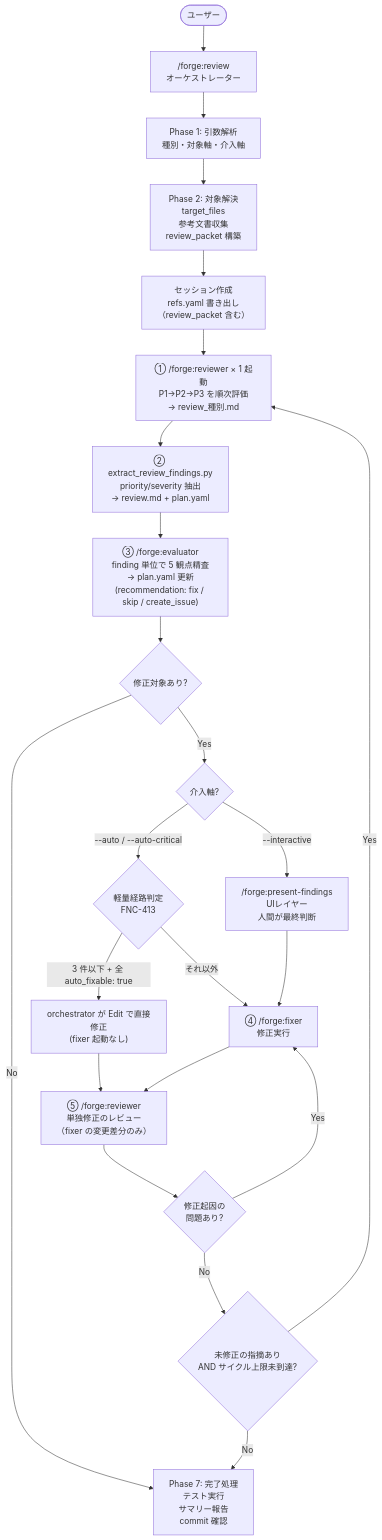
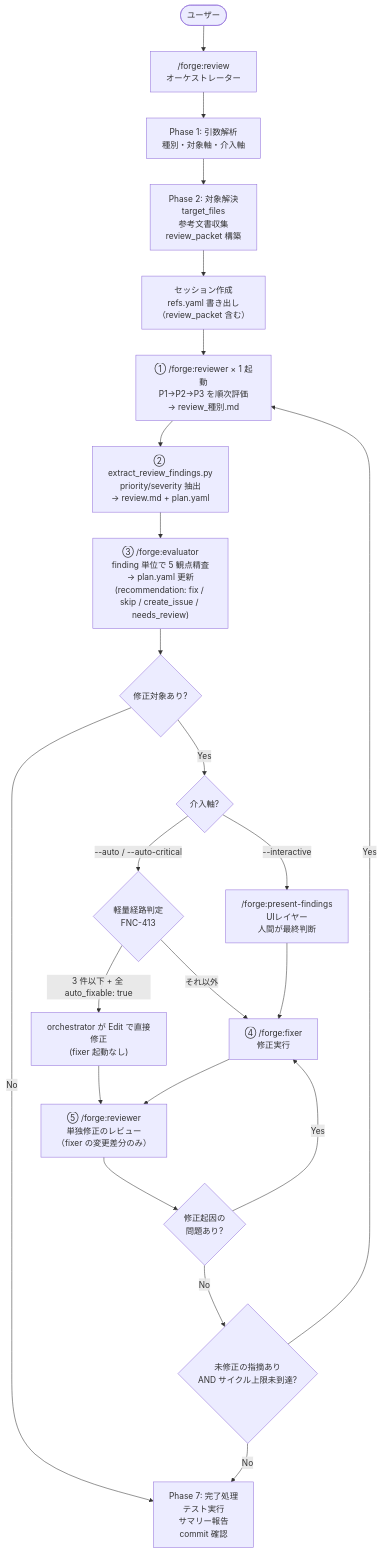
The first of 2 diagrams in docs/specs/forge/design/DES-015_review_workflow_design.md (BlueEventHorizon/bw-cc-plugins), drawn with Mermaid before and after one commit. The commit also changed other lines of this file and 17 other files, not shown here.

First line of the commit message:
docs(forge): sync session_format.md and review policy docs with implementation

````diff
--- a/docs/specs/forge/design/DES-015_review_workflow_design.md
+++ b/docs/specs/forge/design/DES-015_review_workflow_design.md
@@ -56,43 +56,43 @@
 ```mermaid
 flowchart TD
     User([ユーザー]) --> ORCHESTRATOR
 
     ORCHESTRATOR["/forge:review<br>オーケストレーター"] --> PARSE
 
     PARSE["Phase 1: 引数解析<br>種別・対象軸・介入軸"] --> RESOLVE
 
     RESOLVE["Phase 2: 対象解決<br>target_files<br>参考文書収集<br>review_packet 構築"] --> SESSION
 
     SESSION["セッション作成<br>refs.yaml 書き出し<br>（review_packet 含む）"] --> REVIEWERS
 
     REVIEWERS["① /forge:reviewer × 1 起動<br>P1→P2→P3 を順次評価<br>→ review_種別.md"] --> EXTRACT
 
     EXTRACT["② extract_review_findings.py<br>priority/severity 抽出<br>→ review.md + plan.yaml"] --> EVALUATORS
 
-    EVALUATORS["③ /forge:evaluator<br>finding 単位で 5 観点精査<br>→ plan.yaml 更新<br>(recommendation: fix / skip / create_issue)"] --> FIX_CHECK
+    EVALUATORS["③ /forge:evaluator<br>finding 単位で 5 観点精査<br>→ plan.yaml 更新<br>(recommendation: fix / skip / create_issue / needs_review)"] --> FIX_CHECK
 
     FIX_CHECK{修正対象あり?} -->|"No"| COMPLETE
     FIX_CHECK -->|"Yes"| MODE_CHECK
 
     MODE_CHECK{介入軸?} -->|"--interactive"| PRESENT
     MODE_CHECK -->|"--auto / --auto-critical"| LIGHT_CHECK
 
     LIGHT_CHECK{軽量経路判定<br>FNC-413} -->|"3 件以下 + 全 auto_fixable: true"| DIRECT_EDIT
     LIGHT_CHECK -->|"それ以外"| FIXER
 
     DIRECT_EDIT["orchestrator が Edit で直接修正<br>(fixer 起動なし)"] --> RE_REVIEW
 
     PRESENT["/forge:present-findings<br>UIレイヤー<br>人間が最終判断"] --> FIXER
 
     FIXER["④ /forge:fixer<br>修正実行"] --> RE_REVIEW
 
     RE_REVIEW["⑤ /forge:reviewer<br>単独修正のレビュー<br>（fixer の変更差分のみ）"] --> FIX_ISSUE_CHECK
 
     FIX_ISSUE_CHECK{修正起因の<br>問題あり?} -->|"Yes"| FIXER
     FIX_ISSUE_CHECK -->|"No"| CYCLE_CHECK
 
     CYCLE_CHECK{未修正の指摘あり<br>AND サイクル上限未到達?} -->|"Yes"| REVIEWERS
     CYCLE_CHECK -->|"No"| COMPLETE
 
     COMPLETE["Phase 7: 完了処理<br>テスト実行<br>サマリー報告<br>commit 確認"]
 ```
````
